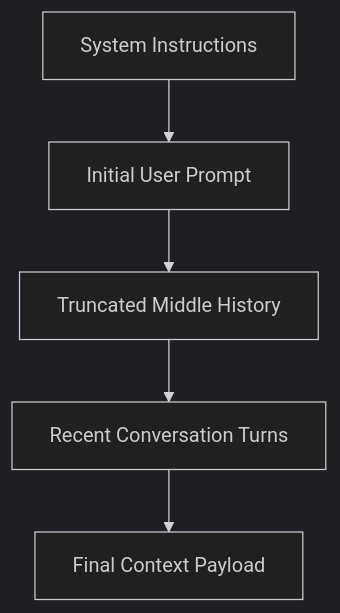
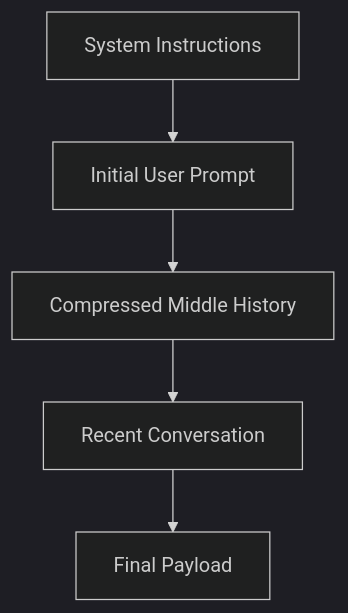
Before and after one commit to subhadipghosh2k03/andromeda-ai-web: the fourth of 4 diagrams in README.md, drawn with Mermaid (dark theme). The commit also changed other lines of this file, not shown here.

````diff
--- a/README.md
+++ b/README.md
@@ -320,8 +279,11 @@
 ```mermaid
 flowchart TD
 
-    A["System Instructions"] --> B["Initial User Prompt"]
-    B --> C["Truncated Middle History"]
-    C --> D["Recent Conversation Turns"]
-    D --> E["Final Context Payload"]
+    A["System Instructions"]
+    B["Initial User Prompt"]
+    C["Compressed Middle History"]
+    D["Recent Conversation"]
+    E["Final Payload"]
+
+    A --> B --> C --> D --> E
 ```
````
